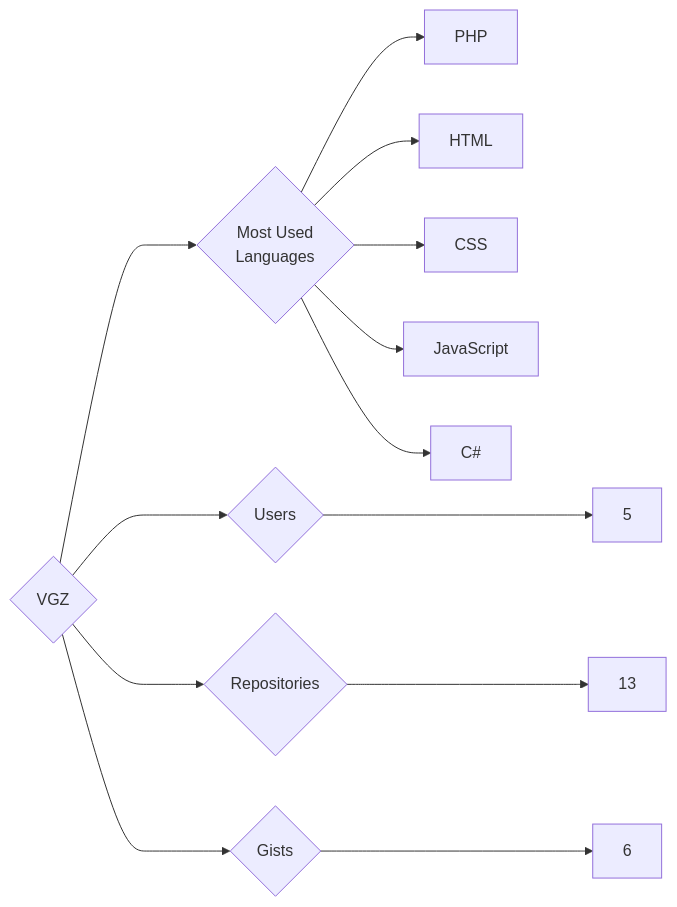
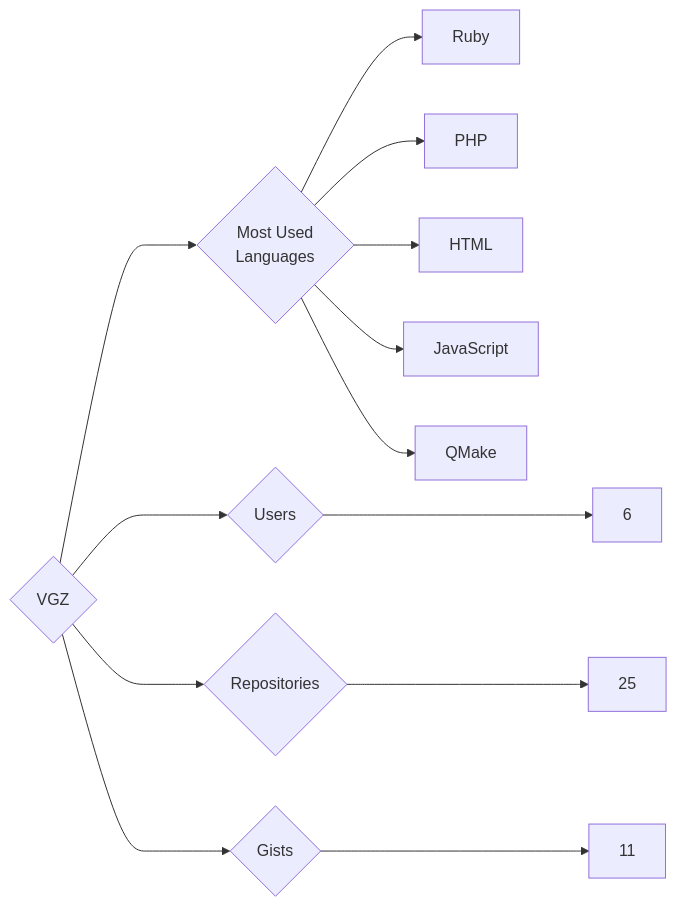
One commit to trickest/insiders changed the diagram in targets/VGZ/README.md. Above: the diagram before and after it, drawn with Mermaid. The commit also changed 920 other files, not shown here.

````diff
--- a/targets/VGZ/README.md
+++ b/targets/VGZ/README.md
@@ -3,13 +3,13 @@
 ```mermaid
 graph LR
 COMPANY_NAME{VGZ}
-COMPANY_NAME ---> U{Users} ---> UN[5]
-COMPANY_NAME ---> R{Repositories} ---> RN[13]
-COMPANY_NAME ---> G{Gists} ---> GN[6]
+COMPANY_NAME ---> U{Users} ---> UN[6]
+COMPANY_NAME ---> R{Repositories} ---> RN[25]
+COMPANY_NAME ---> G{Gists} ---> GN[11]
 COMPANY_NAME ---> ML{Most Used<br>Languages}
+ML --> Ruby[Ruby]
 ML --> PHP[PHP]
 ML --> HTML[HTML]
-ML --> CSS[CSS]
 ML --> JavaScript[JavaScript]
-ML --> C#[C#]
+ML --> QMake[QMake]
 ```
````
